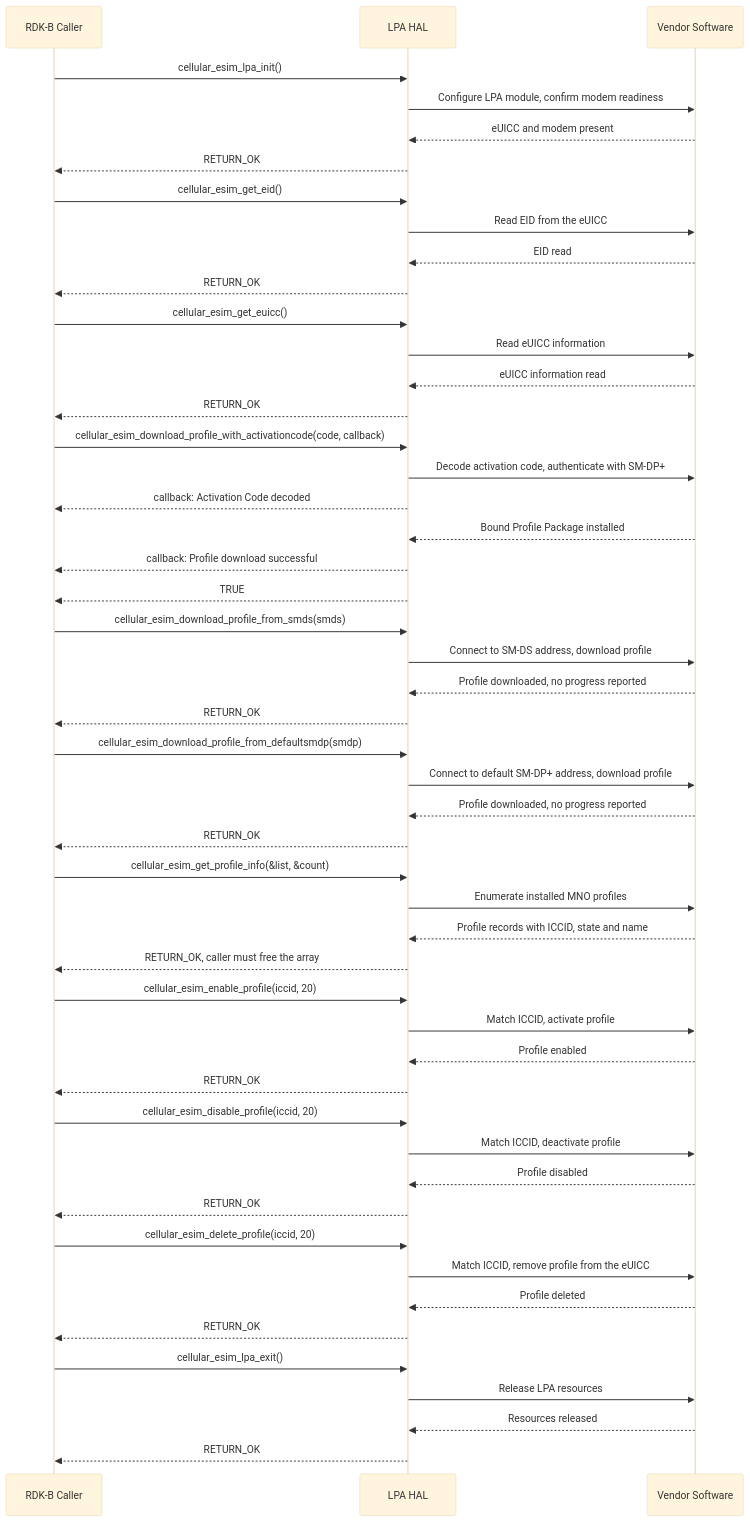
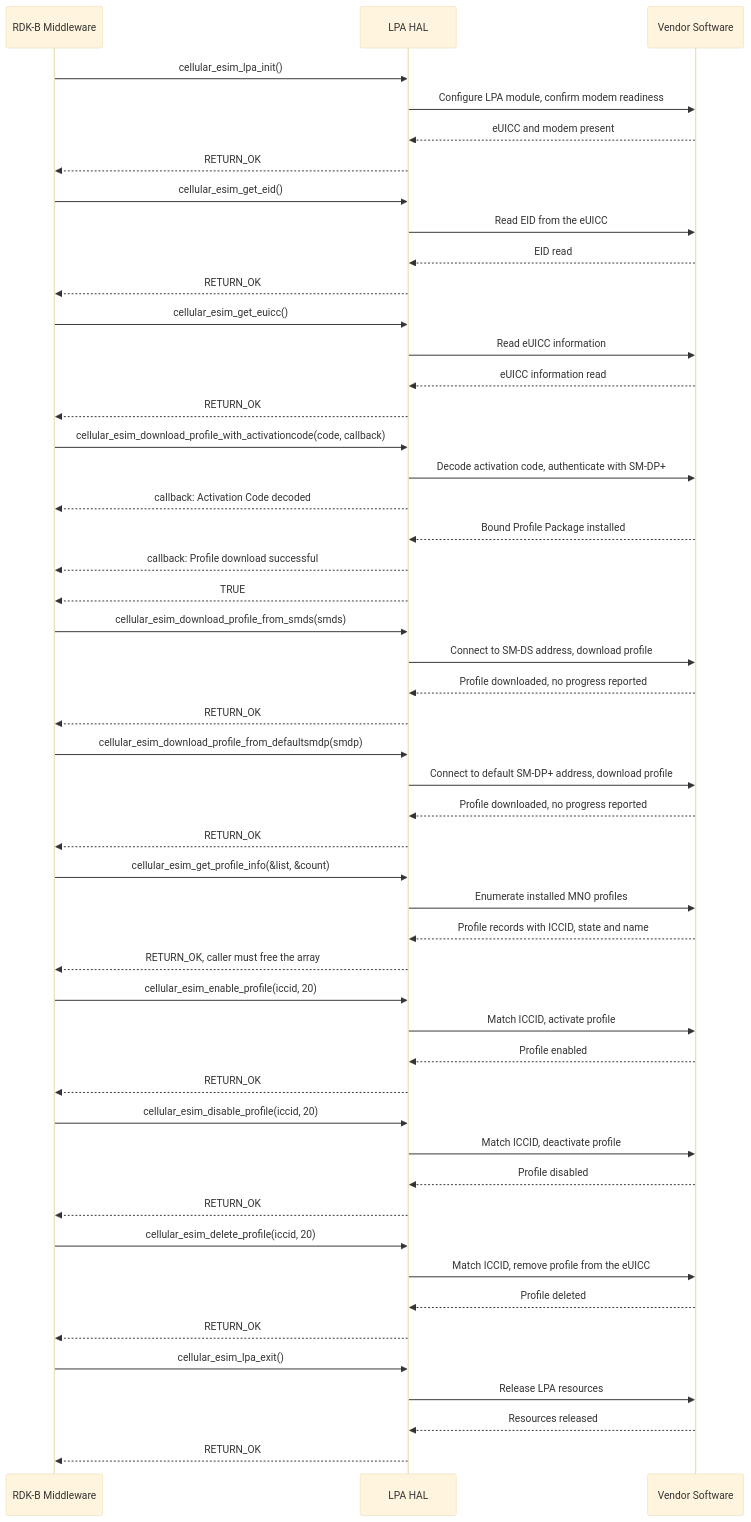
The second of 3 diagrams in docs/pages/halSpec.md (Blitzy-Sky/rdkb-halif-lpa), drawn with Mermaid (base theme) before and after one commit. The commit also changed other lines of this file, not shown here.

````diff
--- a/docs/pages/halSpec.md
+++ b/docs/pages/halSpec.md
@@ -454,52 +326,52 @@
 ```mermaid
 sequenceDiagram
-    participant Caller as RDK-B Caller
+    participant Caller as RDK-B Middleware
     participant HAL as LPA HAL
     participant Vendor as Vendor Software
     Caller->>HAL: cellular_esim_lpa_init()
     HAL->>Vendor: Configure LPA module, confirm modem readiness
     Vendor-->>HAL: eUICC and modem present
     HAL-->>Caller: RETURN_OK
     Caller->>HAL: cellular_esim_get_eid()
     HAL->>Vendor: Read EID from the eUICC
     Vendor-->>HAL: EID read
     HAL-->>Caller: RETURN_OK
     Caller->>HAL: cellular_esim_get_euicc()
     HAL->>Vendor: Read eUICC information
     Vendor-->>HAL: eUICC information read
     HAL-->>Caller: RETURN_OK
     Caller->>HAL: cellular_esim_download_profile_with_activationcode(code, callback)
     HAL->>Vendor: Decode activation code, authenticate with SM-DP+
     HAL-->>Caller: callback: Activation Code decoded
     Vendor-->>HAL: Bound Profile Package installed
     HAL-->>Caller: callback: Profile download successful
     HAL-->>Caller: TRUE
     Caller->>HAL: cellular_esim_download_profile_from_smds(smds)
     HAL->>Vendor: Connect to SM-DS address, download profile
     Vendor-->>HAL: Profile downloaded, no progress reported
     HAL-->>Caller: RETURN_OK
     Caller->>HAL: cellular_esim_download_profile_from_defaultsmdp(smdp)
     HAL->>Vendor: Connect to default SM-DP+ address, download profile
     Vendor-->>HAL: Profile downloaded, no progress reported
     HAL-->>Caller: RETURN_OK
     Caller->>HAL: cellular_esim_get_profile_info(&list, &count)
     HAL->>Vendor: Enumerate installed MNO profiles
     Vendor-->>HAL: Profile records with ICCID, state and name
     HAL-->>Caller: RETURN_OK, caller must free the array
     Caller->>HAL: cellular_esim_enable_profile(iccid, 20)
     HAL->>Vendor: Match ICCID, activate profile
     Vendor-->>HAL: Profile enabled
     HAL-->>Caller: RETURN_OK
     Caller->>HAL: cellular_esim_disable_profile(iccid, 20)
     HAL->>Vendor: Match ICCID, deactivate profile
     Vendor-->>HAL: Profile disabled
     HAL-->>Caller: RETURN_OK
     Caller->>HAL: cellular_esim_delete_profile(iccid, 20)
     HAL->>Vendor: Match ICCID, remove profile from the eUICC
     Vendor-->>HAL: Profile deleted
     HAL-->>Caller: RETURN_OK
     Caller->>HAL: cellular_esim_lpa_exit()
     HAL->>Vendor: Release LPA resources
     Vendor-->>HAL: Resources released
     HAL-->>Caller: RETURN_OK
 ```
````
